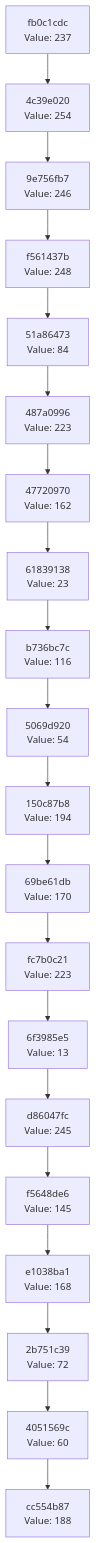
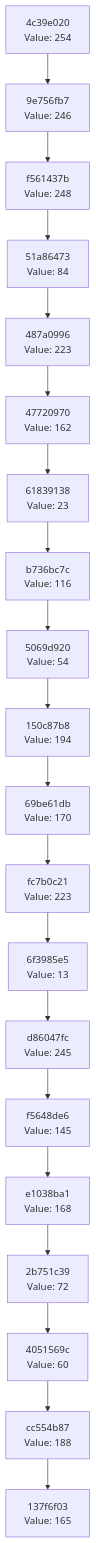
One commit to Abhisheksinha1506/hash-chain-evolver changed the diagram in docs/CHAIN_VISUALIZATION.md. Above: the diagram before and after it, drawn with Mermaid. The commit also changed 2 other files, not shown here.

Commit message:
Evolution Step

````diff
--- a/docs/CHAIN_VISUALIZATION.md
+++ b/docs/CHAIN_VISUALIZATION.md
@@ -3,42 +3,42 @@
 ```mermaid
 graph TD
-    C0["cc554b87<br/>Value: 188"]
-    C1["4051569c<br/>Value: 60"]
+    C0["137f6f03<br/>Value: 165"]
+    C1["cc554b87<br/>Value: 188"]
     C1 --> C0
-    C2["2b751c39<br/>Value: 72"]
+    C2["4051569c<br/>Value: 60"]
     C2 --> C1
-    C3["e1038ba1<br/>Value: 168"]
+    C3["2b751c39<br/>Value: 72"]
     C3 --> C2
-    C4["f5648de6<br/>Value: 145"]
+    C4["e1038ba1<br/>Value: 168"]
     C4 --> C3
-    C5["d86047fc<br/>Value: 245"]
+    C5["f5648de6<br/>Value: 145"]
     C5 --> C4
-    C6["6f3985e5<br/>Value: 13"]
+    C6["d86047fc<br/>Value: 245"]
     C6 --> C5
-    C7["fc7b0c21<br/>Value: 223"]
+    C7["6f3985e5<br/>Value: 13"]
     C7 --> C6
-    C8["69be61db<br/>Value: 170"]
+    C8["fc7b0c21<br/>Value: 223"]
     C8 --> C7
-    C9["150c87b8<br/>Value: 194"]
+    C9["69be61db<br/>Value: 170"]
     C9 --> C8
-    C10["5069d920<br/>Value: 54"]
+    C10["150c87b8<br/>Value: 194"]
     C10 --> C9
-    C11["b736bc7c<br/>Value: 116"]
+    C11["5069d920<br/>Value: 54"]
     C11 --> C10
-    C12["61839138<br/>Value: 23"]
+    C12["b736bc7c<br/>Value: 116"]
     C12 --> C11
-    C13["47720970<br/>Value: 162"]
+    C13["61839138<br/>Value: 23"]
     C13 --> C12
-    C14["487a0996<br/>Value: 223"]
+    C14["47720970<br/>Value: 162"]
     C14 --> C13
-    C15["51a86473<br/>Value: 84"]
+    C15["487a0996<br/>Value: 223"]
     C15 --> C14
-    C16["f561437b<br/>Value: 248"]
+    C16["51a86473<br/>Value: 84"]
     C16 --> C15
-    C17["9e756fb7<br/>Value: 246"]
+    C17["f561437b<br/>Value: 248"]
     C17 --> C16
-    C18["4c39e020<br/>Value: 254"]
+    C18["9e756fb7<br/>Value: 246"]
     C18 --> C17
-    C19["fb0c1cdc<br/>Value: 237"]
+    C19["4c39e020<br/>Value: 254"]
     C19 --> C18
 ```
````
